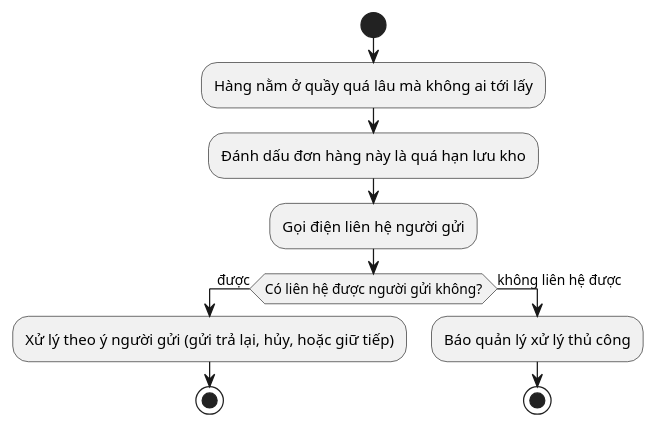
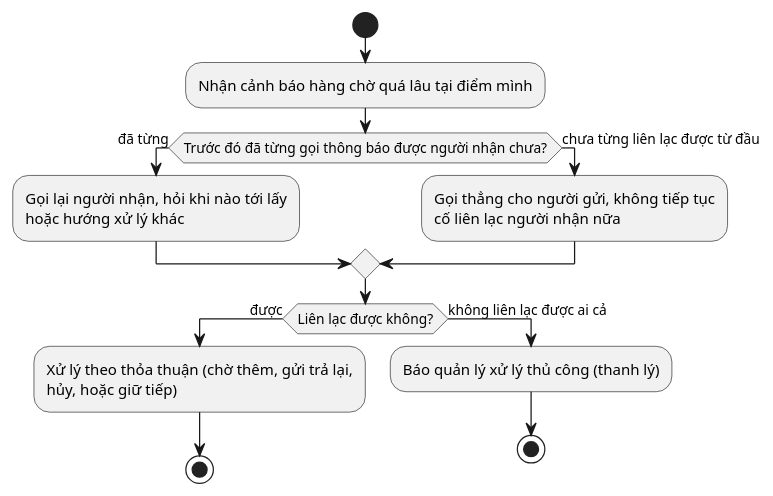
Before and after one commit to nguyenvietanhit19/Project1_HeThongQuanLyNhaXeKhachLienTinh: diagram 33 of 52 in UML_DIAGRAMS.md, drawn with PlantUML. The commit also changed other lines of this file and 4 other files, not shown here.

First line of the commit message:
Cap nhat nghiep vu: role quan_ly_nhan_su, UC-45 hoan xe khi chua gan kip, redesign gui hang (chon tuyen thay vi chuyen, bo cong tai kg), UC-46 canh bao/hang ton khi hang cho qua lau tai diem nhan.

````diff
--- a/UML_DIAGRAMS.md
+++ b/UML_DIAGRAMS.md
@@ -817,15 +875,18 @@
 ```plantuml
 @startuml AD_UC25_HangQuaHan
 start
-:Hàng nằm ở quầy quá lâu mà không ai tới lấy;
-:Đánh dấu đơn hàng này là quá hạn lưu kho;
-:Gọi điện liên hệ người gửi;
-if (Có liên hệ được người gửi không?) then (được)
-  :Xử lý theo ý người gửi (gửi trả lại, hủy, hoặc giữ tiếp);
+:Nhận cảnh báo hàng chờ quá lâu tại điểm mình;
+if (Trước đó đã từng gọi thông báo được người nhận chưa?) then (đã từng)
+  :Gọi lại người nhận, hỏi khi nào tới lấy\nhoặc hướng xử lý khác;
+else (chưa từng liên lạc được từ đầu)
+  :Gọi thẳng cho người gửi, không tiếp tục\ncố liên lạc người nhận nữa;
+endif
+if (Liên lạc được không?) then (được)
+  :Xử lý theo thỏa thuận (chờ thêm, gửi trả lại,\nhủy, hoặc giữ tiếp);
   stop
-else (không liên hệ được)
-  :Báo quản lý xử lý thủ công;
+else (không liên lạc được ai cả)
+  :Báo quản lý xử lý thủ công (thanh lý);
   stop
 endif
 @enduml
 ```
````
